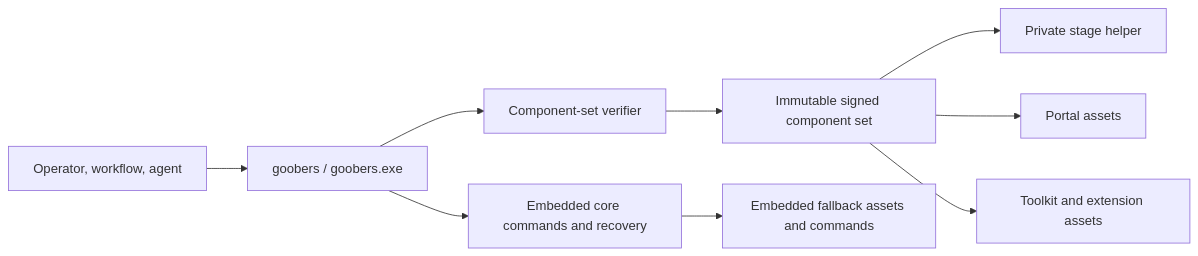
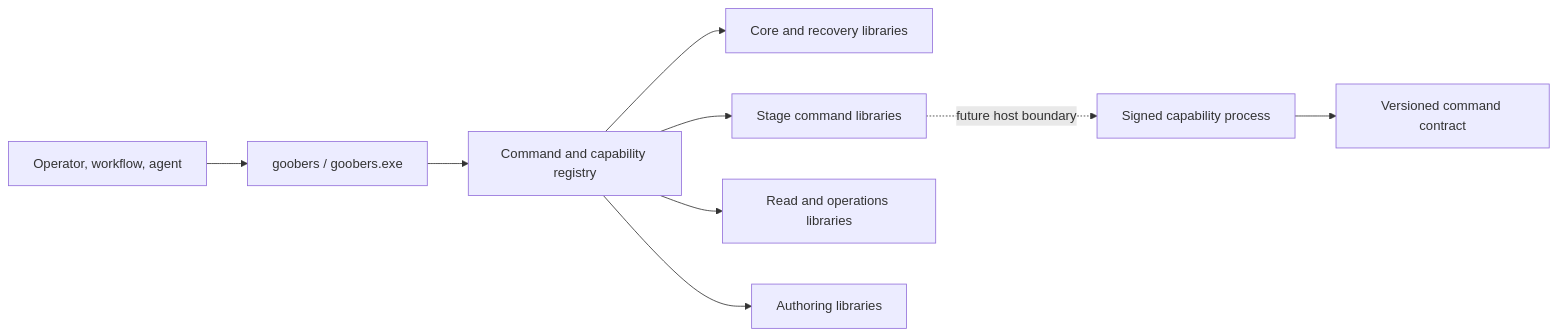
Before and after one commit to jeffstei/Goobers: the diagram in docs/design/goobers-componentization-analysis.md, drawn with Mermaid. The commit also changed other lines of this file and 2 other files, not shown here.

````diff
--- a/docs/design/goobers-componentization-analysis.md
+++ b/docs/design/goobers-componentization-analysis.md
@@ -42,11 +51,11 @@
 ```mermaid
 flowchart LR
     U[Operator, workflow, agent] --> F[goobers / goobers.exe]
-    F --> Core[Embedded core commands and recovery]
-    F --> Verify[Component-set verifier]
-    Verify --> Set[Immutable signed component set]
-    Set --> Stage[Private stage helper]
-    Set --> Portal[Portal assets]
-    Set --> Toolkit[Toolkit and extension assets]
-    Core --> Fallback[Embedded fallback assets and commands]
+    F --> Registry[Command and capability registry]
+    Registry --> Core[Core and recovery libraries]
+    Registry --> Stage[Stage command libraries]
+    Registry --> Read[Read and operations libraries]
+    Registry --> Author[Authoring libraries]
+    Stage -. future host boundary .-> Pack[Signed capability process]
+    Pack --> Contract[Versioned command contract]
 ```
````
